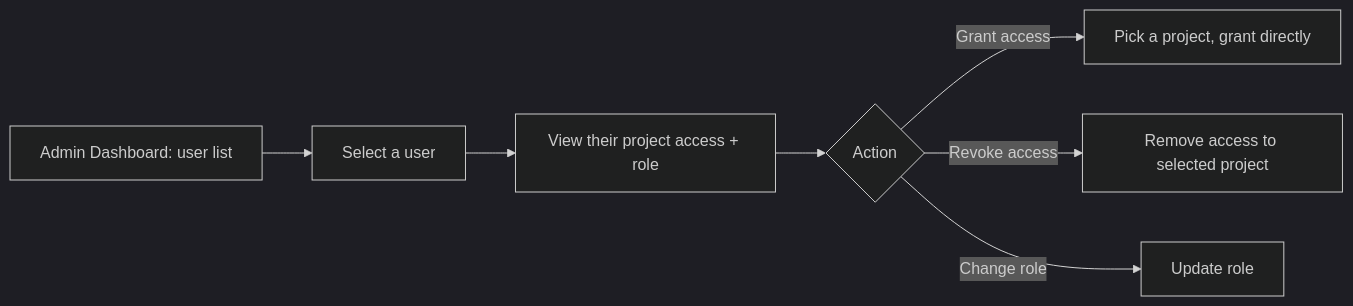
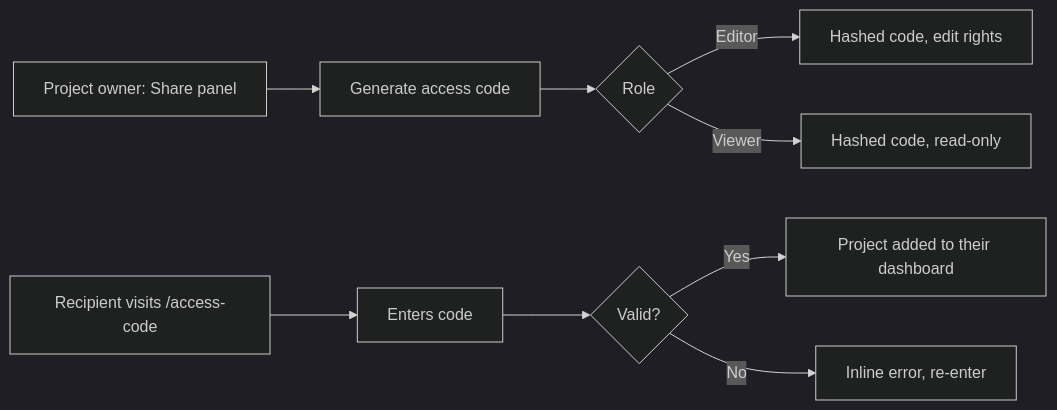
The third of 4 diagrams in docs/design.md (Siddhantshukla1657/Texly), drawn with Mermaid (dark theme) before and after one commit. The commit also changed other lines of this file and 20 other files, not shown here.

````diff
--- a/docs/design.md
+++ b/docs/design.md
@@ -53,9 +56,11 @@
 ```mermaid
 flowchart LR
-    A["Admin Dashboard: user list"] --> B[Select a user]
-    B --> C["View their project access + role"]
-    C --> D{Action}
-    D -->|Grant access| E[Pick a project, grant directly]
-    D -->|Revoke access| F[Remove access to selected project]
-    D -->|Change role| G[Update role]
+    A[Project owner: Share panel] --> B[Generate access code]
+    B --> C{Role}
+    C -->|Editor| D[Hashed code, edit rights]
+    C -->|Viewer| E[Hashed code, read-only]
+    F[Recipient visits /access-code] --> G[Enters code]
+    G --> H{Valid?}
+    H -->|Yes| I[Project added to their dashboard]
+    H -->|No| J[Inline error, re-enter]
 ```
````
